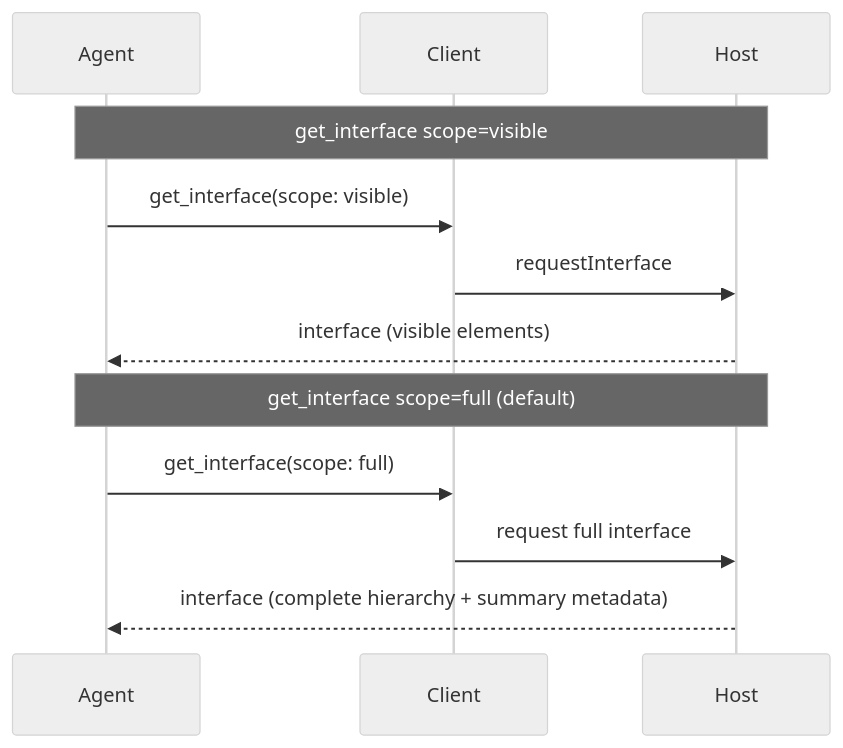
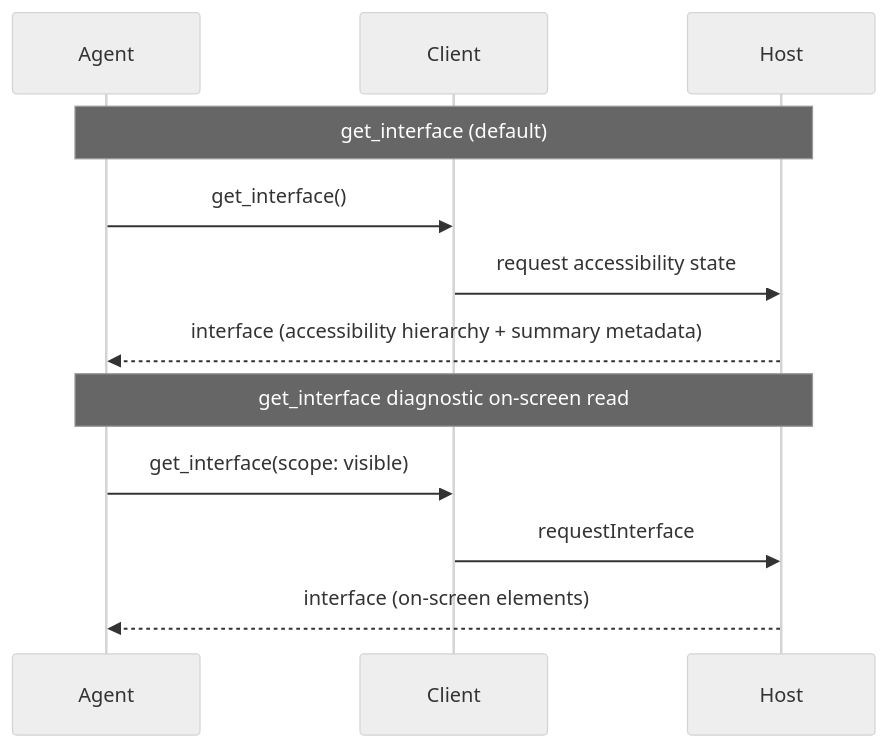
Before and after one commit to RoyalPineapple/TheButtonHeist: the second of 5 diagrams in docs/WIRE-PROTOCOL.md, drawn with Mermaid (neutral theme). The commit also changed other lines of this file and 25 other files, not shown here.

Commit message:
Hide full get_interface scope from public surfaces

````diff
--- a/docs/WIRE-PROTOCOL.md
+++ b/docs/WIRE-PROTOCOL.md
@@ -911,16 +911,16 @@
 ```mermaid
 sequenceDiagram
     participant Agent
     participant Client
     participant Host
 
-    Note over Agent,Host: get_interface scope=visible
+    Note over Agent,Host: get_interface (default)
+    Agent->>Client: get_interface()
+    Client->>Host: request accessibility state
+    Host-->>Agent: interface (accessibility hierarchy + summary metadata)
+
+    Note over Agent,Host: get_interface diagnostic on-screen read
     Agent->>Client: get_interface(scope: visible)
     Client->>Host: requestInterface
-    Host-->>Agent: interface (visible elements)
-
-    Note over Agent,Host: get_interface scope=full (default)
-    Agent->>Client: get_interface(scope: full)
-    Client->>Host: request full interface
-    Host-->>Agent: interface (complete hierarchy + summary metadata)
+    Host-->>Agent: interface (on-screen elements)
 ```
````
